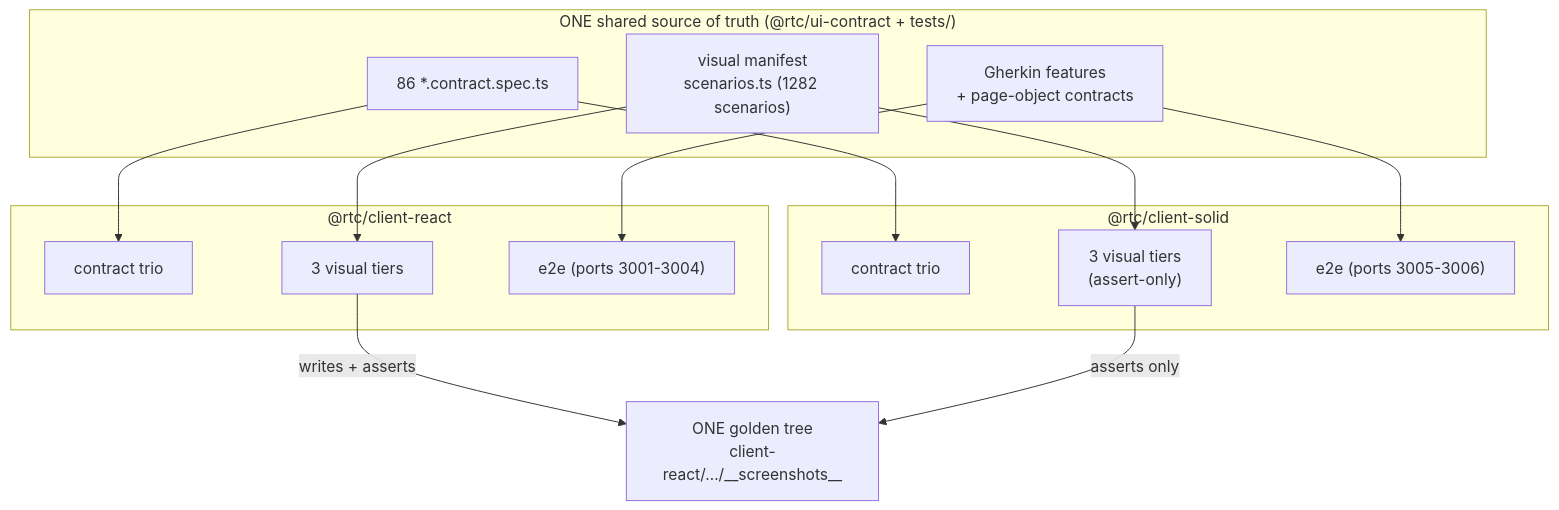
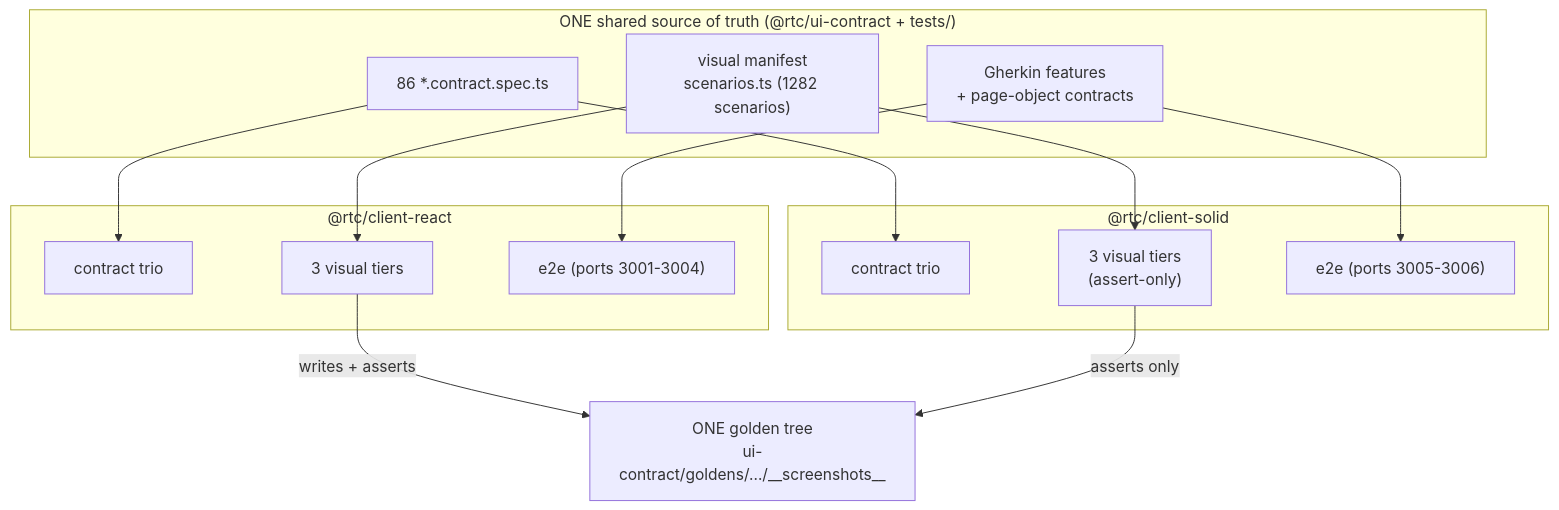
The first of 4 diagrams in docs/architecture/21-cross-framework-testing.md (bettersoftware-io/ReactiveTraderCloudClone), drawn with Mermaid before and after one commit. The commit also changed other lines of this file and 15 other files, not shown here.

First line of the commit message:
docs(goldens): relocation sweep — ui-contract/goldens is the pixel contract's home

````diff
--- a/docs/architecture/21-cross-framework-testing.md
+++ b/docs/architecture/21-cross-framework-testing.md
@@ -25,27 +25,27 @@
 ```mermaid
 flowchart TB
     subgraph shared["ONE shared source of truth (@rtc/ui-contract + tests/)"]
         SPECS["86 *.contract.spec.ts"]
         SCEN["visual manifest<br/>scenarios.ts (1282 scenarios)"]
         FEAT["Gherkin features<br/>+ page-object contracts"]
     end
     subgraph react["@rtc/client-react"]
         RTRIO["contract trio"]
         RTIERS["3 visual tiers"]
         RE2E["e2e (ports 3001-3004)"]
     end
     subgraph solid["@rtc/client-solid"]
         STRIO["contract trio"]
         STIERS["3 visual tiers<br/>(assert-only)"]
         SE2E["e2e (ports 3005-3006)"]
     end
-    GOLD["ONE golden tree<br/>client-react/…/__screenshots__"]
+    GOLD["ONE golden tree<br/>ui-contract/goldens/…/__screenshots__"]
     SPECS --> RTRIO
     SPECS --> STRIO
     SCEN --> RTIERS
     SCEN --> STIERS
     FEAT --> RE2E
     FEAT --> SE2E
     RTIERS -- "writes + asserts" --> GOLD
     STIERS -- "asserts only" --> GOLD
 ```
````
